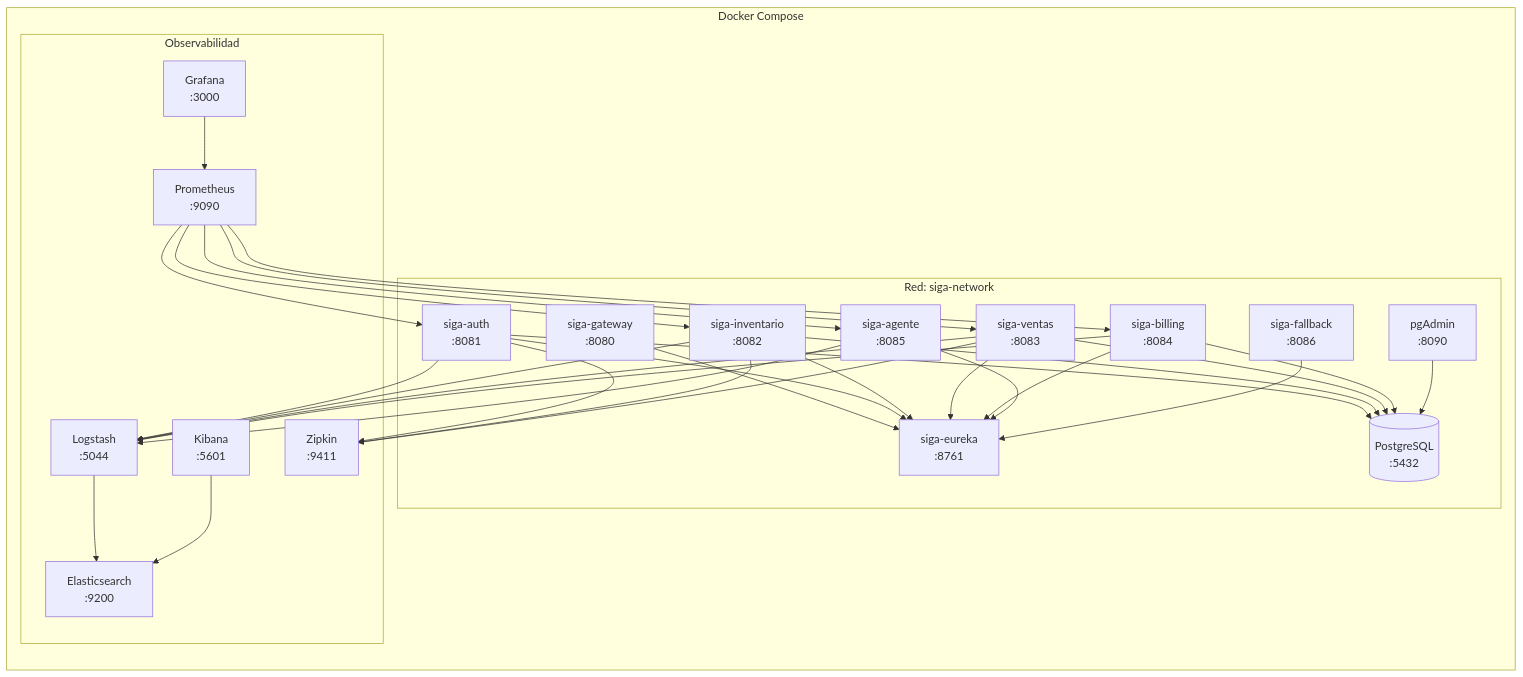
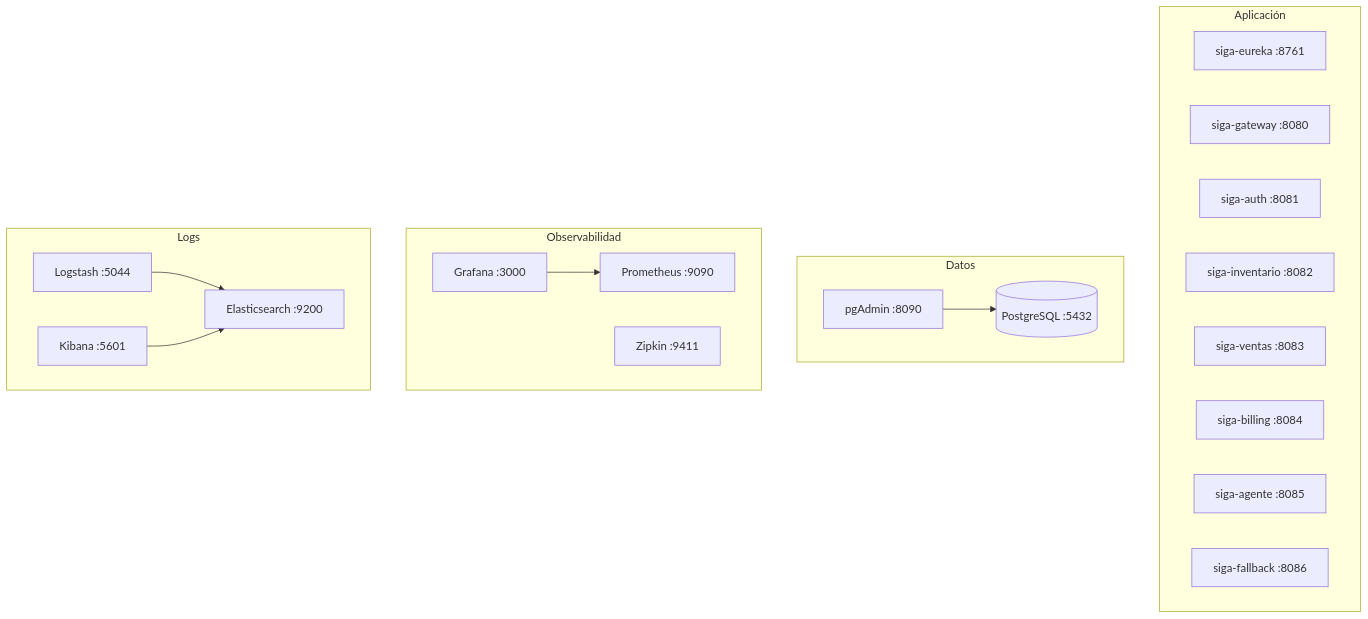
Before and after one commit to HecAguilaV/SIGA: the seventh of 9 diagrams in openspec/changes/migracion-microservicios/architecture-diagrams.md, drawn with Mermaid. The commit also changed other lines of this file, not shown here.

Commit message:
docs: rediseñar diagramas con layouts limpios y líneas rectas

````diff
--- a/openspec/changes/migracion-microservicios/architecture-diagrams.md
+++ b/openspec/changes/migracion-microservicios/architecture-diagrams.md
@@ -185,61 +193,35 @@
 ```mermaid
-graph LR
-    subgraph Docker["Docker Compose"]
-        subgraph Red["Red: siga-network"]
-            EU["siga-eureka<br/>:8761"]
-            GW["siga-gateway<br/>:8080"]
-
-            AU["siga-auth<br/>:8081"]
-            IN["siga-inventario<br/>:8082"]
-            VE["siga-ventas<br/>:8083"]
-            BI["siga-billing<br/>:8084"]
-            AG["siga-agente<br/>:8085"]
-            FB["siga-fallback<br/>:8086"]
-
-            DB[("PostgreSQL<br/>:5432")]
-            PA["pgAdmin<br/>:8090"]
-        end
-
-        subgraph Observabilidad["Observabilidad"]
-            PR["Prometheus<br/>:9090"]
-            GR["Grafana<br/>:3000"]
-            ES["Elasticsearch<br/>:9200"]
-            LS["Logstash<br/>:5044"]
-            KI["Kibana<br/>:5601"]
-            ZI["Zipkin<br/>:9411"]
-        end
+graph TD
+    subgraph Aplicación
+        EU["siga-eureka :8761"]
+        GW["siga-gateway :8080"]
+        AU["siga-auth :8081"]
+        IN["siga-inventario :8082"]
+        VE["siga-ventas :8083"]
+        BI["siga-billing :8084"]
+        AG["siga-agente :8085"]
+        FB["siga-fallback :8086"]
     end
 
-    GW --> EU
-    AU --> EU
-    IN --> EU
-    VE --> EU
-    BI --> EU
-    AG --> EU
-    FB --> EU
+    subgraph Datos
+        DB[("PostgreSQL :5432")]
+        PA["pgAdmin :8090"]
+    end
 
-    AU --> DB
-    IN --> DB
-    VE --> DB
-    BI --> DB
+    subgraph Observabilidad
+        PR["Prometheus :9090"]
+        GR["Grafana :3000"]
+        ZI["Zipkin :9411"]
+    end
+
+    subgraph Logs
+        LS["Logstash :5044"]
+        ES["Elasticsearch :9200"]
+        KI["Kibana :5601"]
+    end
+
     PA --> DB
-
-    PR --> AU
-    PR --> IN
-    PR --> VE
-    PR --> BI
-    PR --> AG
     GR --> PR
-
-    AU --> LS
-    IN --> LS
-    VE --> LS
-    BI --> LS
-    AG --> LS
     LS --> ES
     KI --> ES
-
-    AU --> ZI
-    IN --> ZI
-    VE --> ZI
 ```
````
